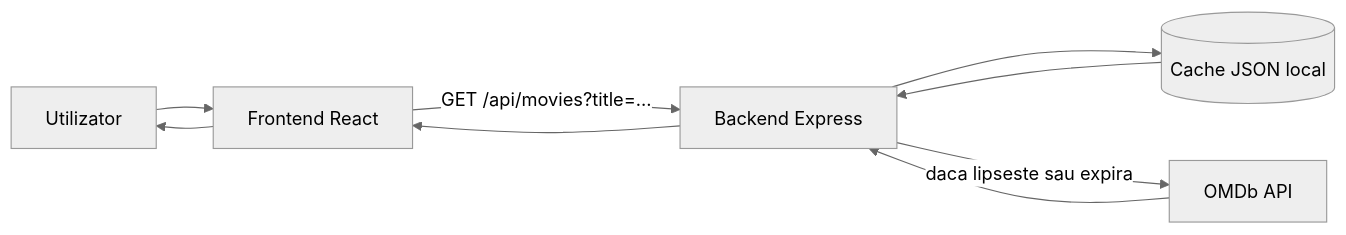
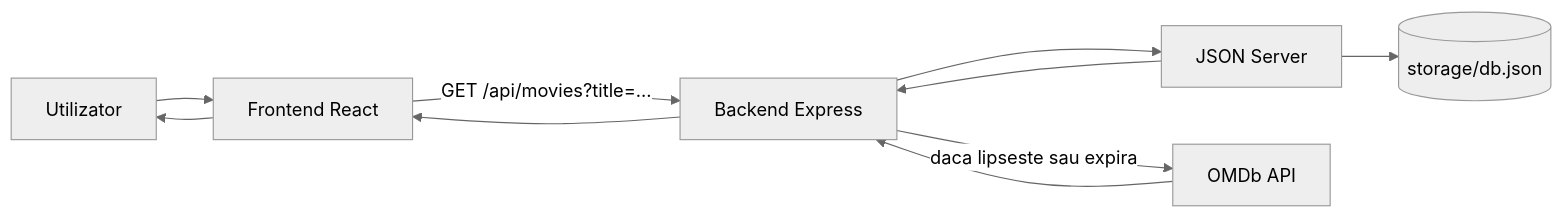
One commit to Alex71Ncov/AuraCinema changed the first of 4 diagrams in docs/documentatie.md. Above: the diagram before and after it, drawn with Mermaid (neutral theme). The commit also changed other lines of this file and 19 other files, not shown here.

````diff
--- a/docs/documentatie.md
+++ b/docs/documentatie.md
@@ -26,11 +26,12 @@
 ```mermaid
 flowchart LR
   U[Utilizator] --> F[Frontend React]
   F -->|GET /api/movies?title=...| B[Backend Express]
-  B --> C[(Cache JSON local)]
+  B --> C[JSON Server]
+  C --> D[(storage/db.json)]
   B -->|daca lipseste sau expira| O[OMDb API]
   O --> B
   C --> B
   B --> F
   F --> U
 ```
````
